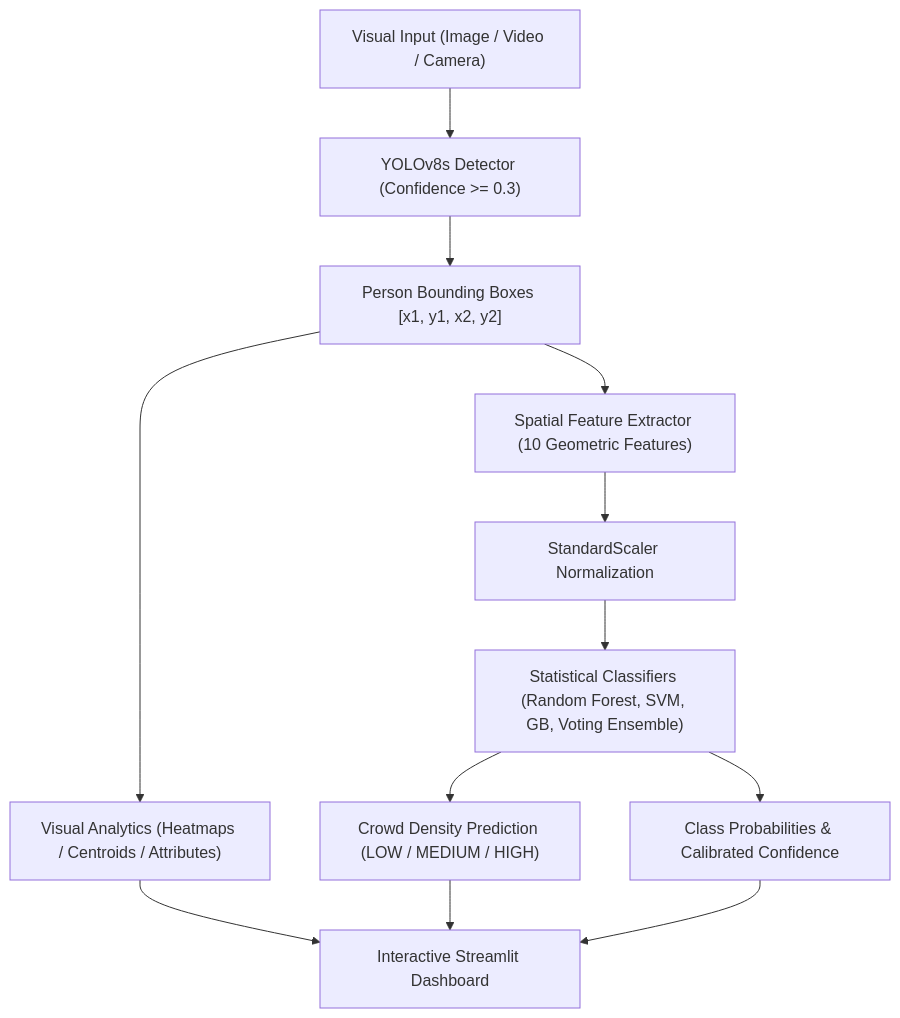
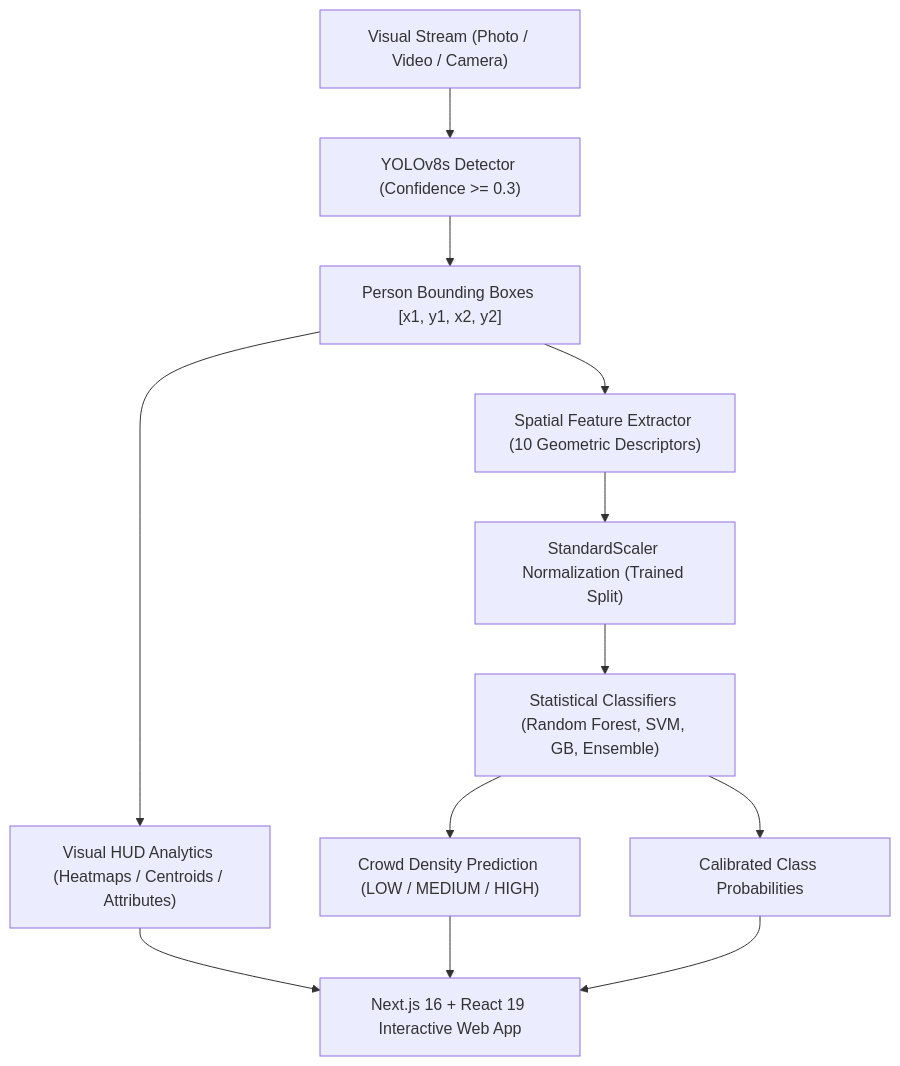
The diagram in README.md (ivin-baiju/Visionlytics), drawn with Mermaid before and after one commit. The commit also changed other lines of this file, not shown here.

Commit message:
docs: update README.md for Next.js 16 + React 19 and Vercel deployment

````diff
--- a/README.md
+++ b/README.md
@@ -45,18 +44,18 @@
 ```mermaid
 graph TD
-    A["Visual Input (Image / Video / Camera)"] --> B["YOLOv8s Detector (Confidence >= 0.3)"]
+    A["Visual Stream (Photo / Video / Camera)"] --> B["YOLOv8s Detector (Confidence >= 0.3)"]
     B --> C["Person Bounding Boxes [x1, y1, x2, y2]"]
     
-    C --> D["Spatial Feature Extractor (10 Geometric Features)"]
-    C --> E["Visual Analytics (Heatmaps / Centroids / Attributes)"]
+    C --> D["Spatial Feature Extractor (10 Geometric Descriptors)"]
+    C --> E["Visual HUD Analytics (Heatmaps / Centroids / Attributes)"]
     
-    D --> F["StandardScaler Normalization"]
-    F --> G["Statistical Classifiers (Random Forest, SVM, GB, Voting Ensemble)"]
+    D --> F["StandardScaler Normalization (Trained Split)"]
+    F --> G["Statistical Classifiers (Random Forest, SVM, GB, Ensemble)"]
     
     G --> H["Crowd Density Prediction (LOW / MEDIUM / HIGH)"]
-    G --> I["Class Probabilities & Calibrated Confidence"]
+    G --> I["Calibrated Class Probabilities"]
     
-    E --> J["Interactive Streamlit Dashboard"]
+    E --> J["Next.js 16 + React 19 Interactive Web App"]
     H --> J
     I --> J
 ```
````
